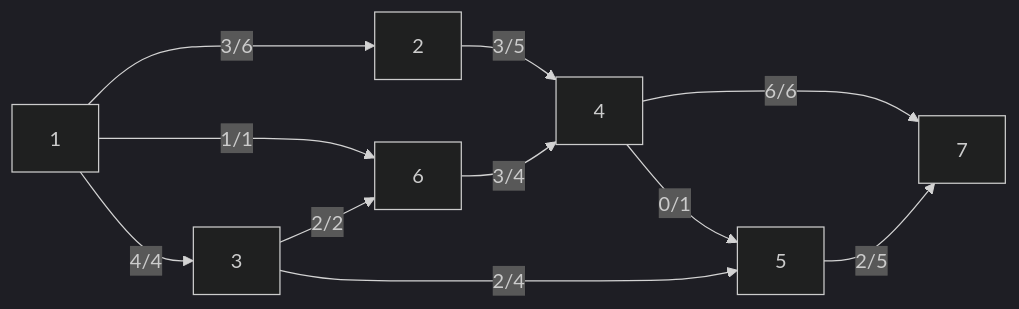
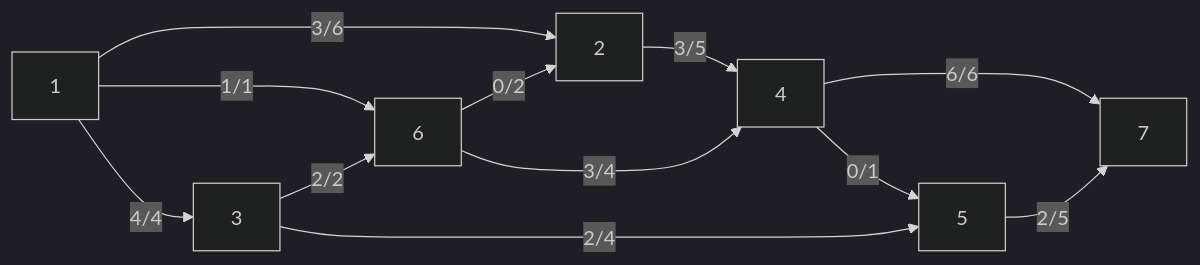
One commit to SuperSamus/appunti-universitari changed the second of 3 diagrams in Ricerca operativa/Problemi di ottimizzazione/Esempi/Esempio ottimizzazione trasporto massimo.md. Above: the diagram before and after it, drawn with Mermaid (dark theme). The commit also changed other lines of this file, not shown here.

````diff
--- a/Ricerca operativa/Problemi di ottimizzazione/Esempi/Esempio ottimizzazione trasporto massimo.md
+++ b/Ricerca operativa/Problemi di ottimizzazione/Esempi/Esempio ottimizzazione trasporto massimo.md
@@ -22,7 +22,7 @@
 ```mermaid
 flowchart LR
 1 -- 3/6 --> 2 -- 3/5 --> 4 -- 6/6 --> 7
 1 -- 1/1 --> 6 -- 3/4 --> 4 -- 0/1 --> 5
 1 -- 4/4 --> 3 -- 2/4 --> 5 -- 2/5 --> 7
-3 -- 2/2 --> 6
+3 -- 2/2 --> 6 -- 0/2 --> 2
 ```
````
